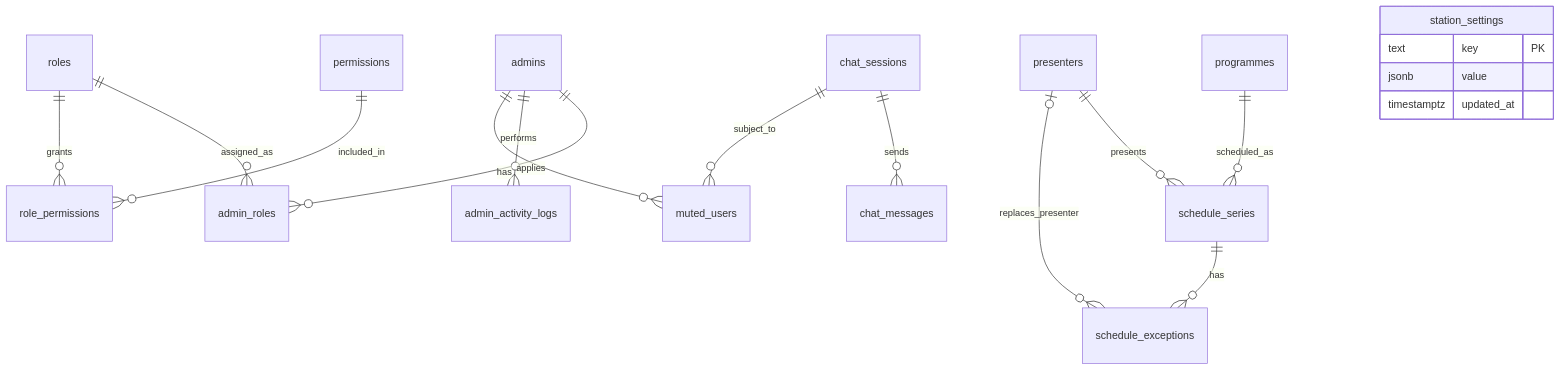
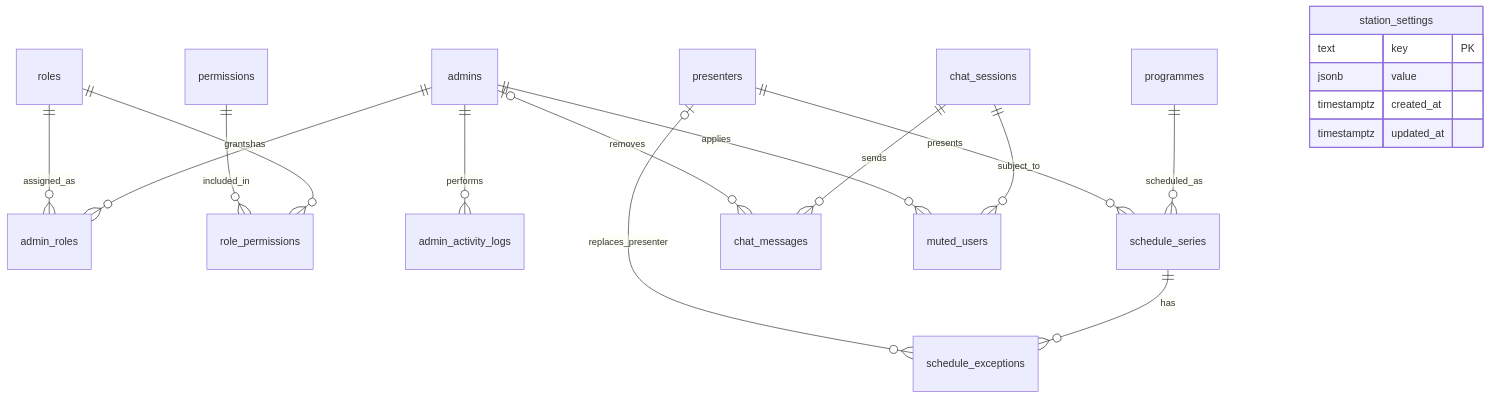
One commit to CYI-IT/cyi-radio-web-app changed the diagram in docs/architecture.md. Above: the diagram before and after it, drawn with Mermaid. The commit also changed other lines of this file and 30 other files, not shown here.

````diff
--- a/docs/architecture.md
+++ b/docs/architecture.md
@@ -9,20 +9,22 @@
 ```mermaid
 erDiagram
     admins ||--o{ admin_roles : has
     roles ||--o{ admin_roles : assigned_as
     roles ||--o{ role_permissions : grants
     permissions ||--o{ role_permissions : included_in
     admins ||--o{ admin_activity_logs : performs
     programmes ||--o{ schedule_series : scheduled_as
     presenters ||--o{ schedule_series : presents
     schedule_series ||--o{ schedule_exceptions : has
     presenters o|--o{ schedule_exceptions : replaces_presenter
     chat_sessions ||--o{ chat_messages : sends
+    admins o|--o{ chat_messages : removes
     chat_sessions ||--o{ muted_users : subject_to
     admins ||--o{ muted_users : applies
     station_settings {
         text key PK
         jsonb value
+        timestamptz created_at
         timestamptz updated_at
     }
 ```
````
